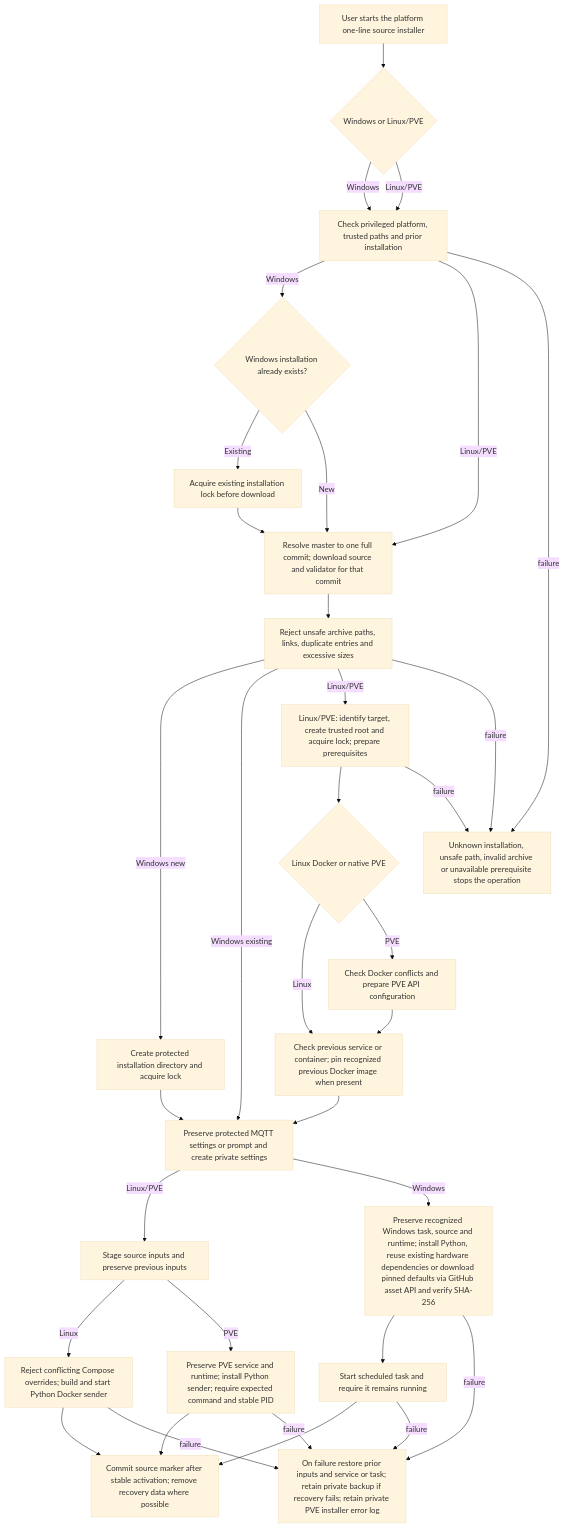
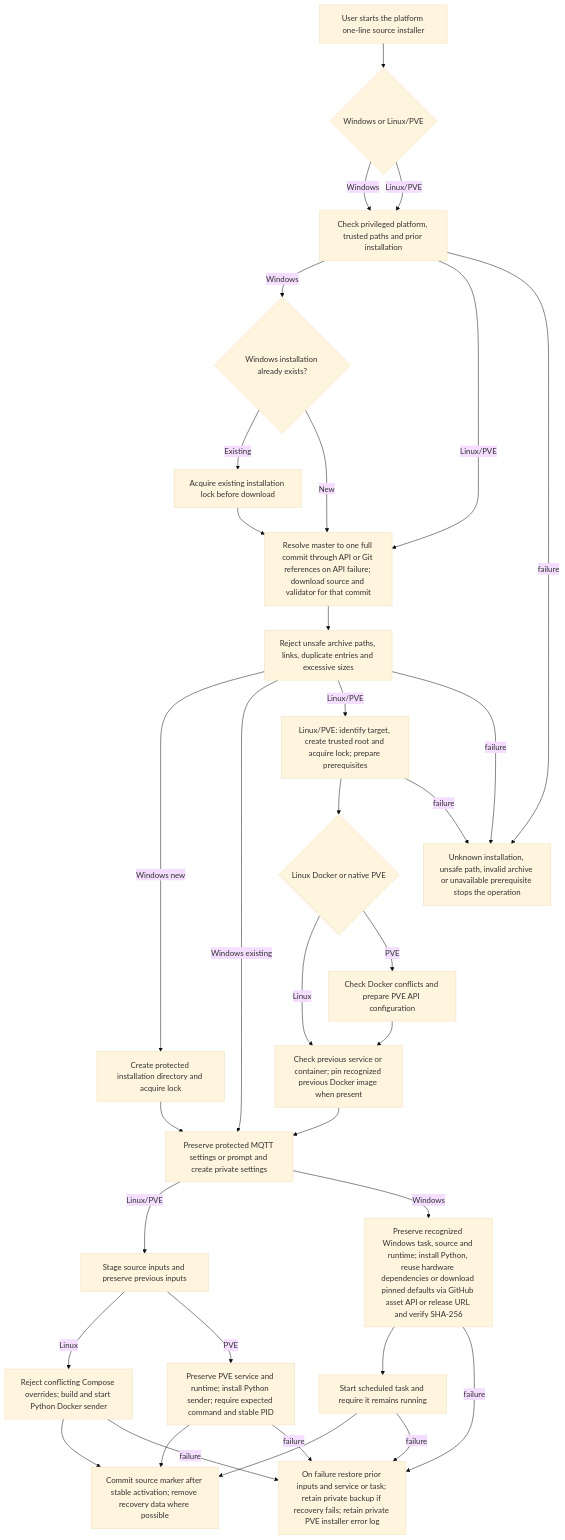
Before and after one commit to KarlSideProjects/hwmonitor-mqtt: the diagram in docs/flows/sender.source-lifecycle.mmd, drawn with Mermaid (base theme). The commit also changed 11 other files, not shown here.

Commit message:
WIP: recover from source API limits and Docker CLI changes

```diff
--- a/docs/flows/sender.source-lifecycle.mmd
+++ b/docs/flows/sender.source-lifecycle.mmd
@@ -1,55 +1,55 @@
 flowchart TD
     A["User starts the platform one-line source installer"]
     B{"Windows or Linux/PVE"}
     C["Check privileged platform, trusted paths and prior installation"]
-    D["Resolve master to one full commit; download source and validator for that commit"]
+    D["Resolve master to one full commit through API or Git references on API failure; download source and validator for that commit"]
     E["Reject unsafe archive paths, links, duplicate entries and excessive sizes"]
     W{"Windows installation already exists?"}
     X["Acquire existing installation lock before download"]
     Y["Create protected installation directory and acquire lock"]
     F["Linux/PVE: identify target, create trusted root and acquire lock; prepare prerequisites"]
     H{"Linux Docker or native PVE"}
     K["Check Docker conflicts and prepare PVE API configuration"]
     R["Check previous service or container; pin recognized previous Docker image when present"]
     G["Preserve protected MQTT settings or prompt and create private settings"]
     I["Stage source inputs and preserve previous inputs"]
     J["Reject conflicting Compose overrides; build and start Python Docker sender"]
     L["Preserve PVE service and runtime; install Python sender; require expected command and stable PID"]
-    M["Preserve recognized Windows task, source and runtime; install Python, reuse existing hardware dependencies or download pinned defaults via GitHub asset API and verify SHA-256"]
+    M["Preserve recognized Windows task, source and runtime; install Python, reuse hardware dependencies or download pinned defaults via GitHub asset API or release URL and verify SHA-256"]
     N["Start scheduled task and require it remains running"]
     O["Commit source marker after stable activation; remove recovery data where possible"]
     P["On failure restore prior inputs and service or task; retain private backup if recovery fails; retain private PVE installer error log"]
     Q["Unknown installation, unsafe path, invalid archive or unavailable prerequisite stops the operation"]
     A --> B
     B -->|Windows| C
     B -->|Linux/PVE| C
     C -->|Windows| W
     W -->|Existing| X
     X --> D
     W -->|New| D
     C -->|Linux/PVE| D
     D --> E
     E -->|Windows new| Y
     E -->|Windows existing| G
     Y --> G
     E -->|Linux/PVE| F
     F --> H
     H -->|Linux| R
     H -->|PVE| K
     K --> R
     R --> G
     G -->|Linux/PVE| I
     G -->|Windows| M
     I -->|Linux| J
     I -->|PVE| L
     J --> O
     L --> O
     M --> N
     N --> O
     J -->|failure| P
     L -->|failure| P
     M -->|failure| P
     N -->|failure| P
     C -->|failure| Q
     E -->|failure| Q
     F -->|failure| Q
```
